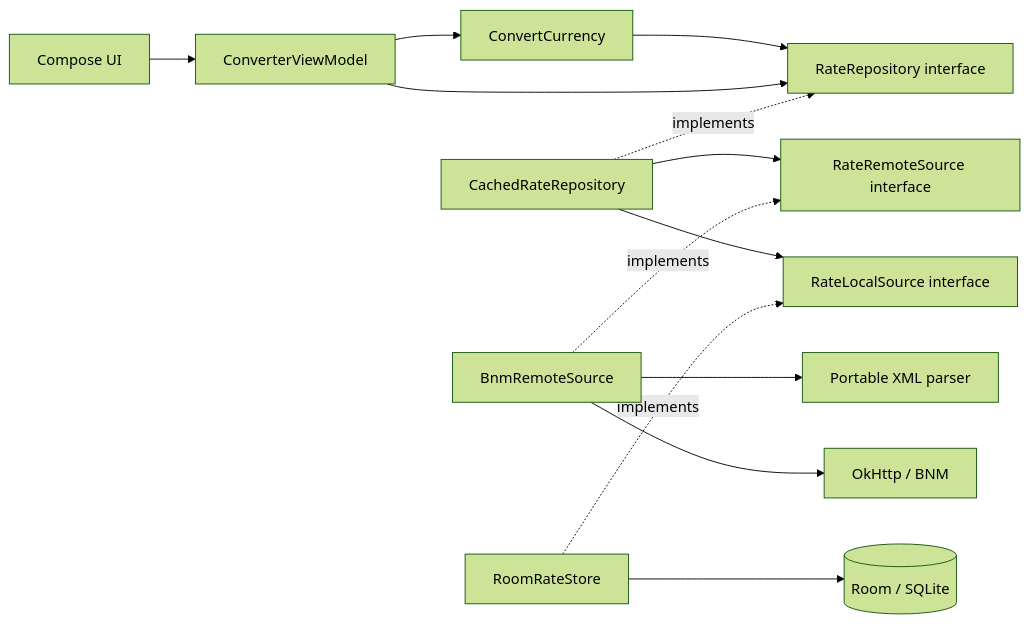
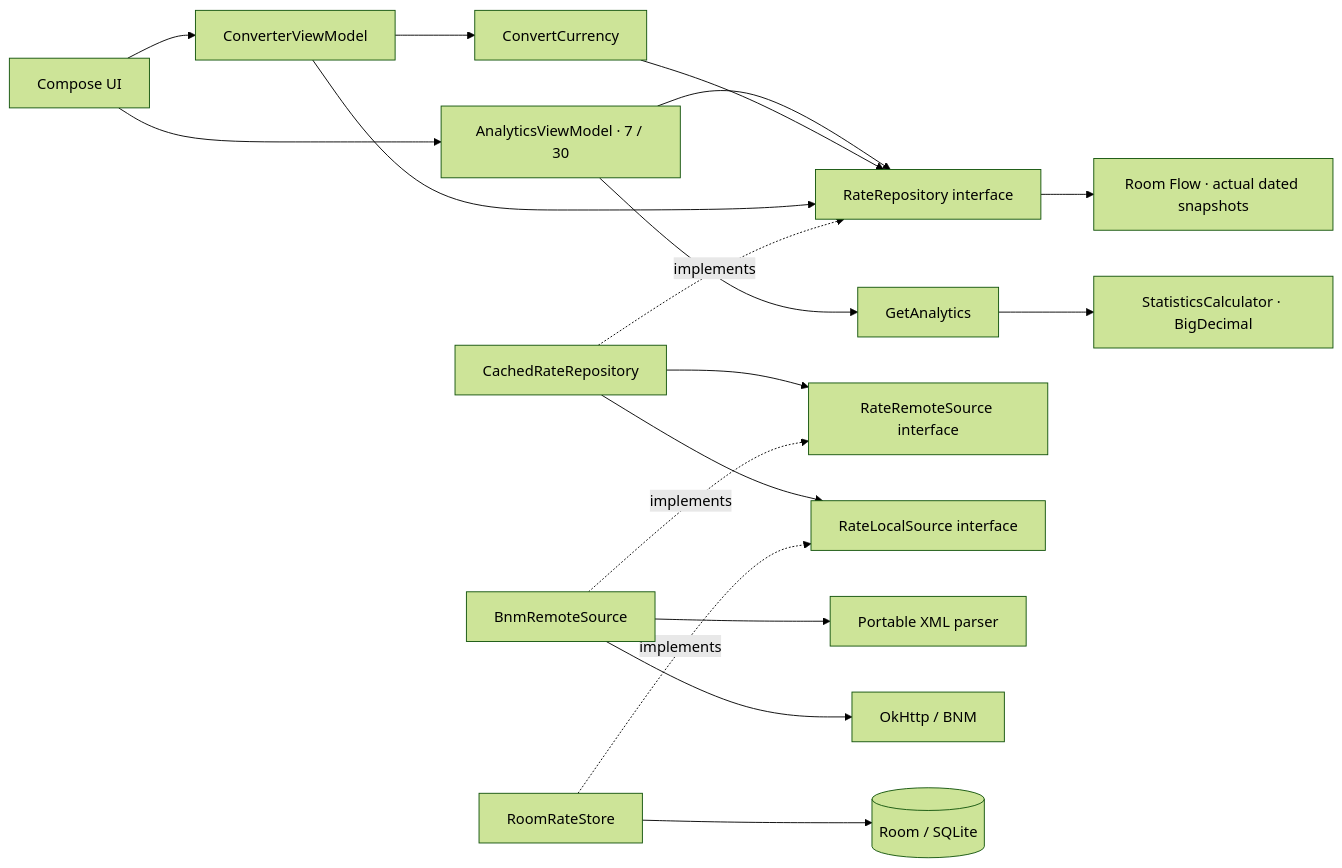
One commit to VadimSiminenco/lab4-currency-converter-android changed the diagram in README.md. Above: the diagram before and after it, drawn with Mermaid (forest theme). The commit also changed other lines of this file and 27 other files, not shown here.

````diff
--- a/README.md
+++ b/README.md
@@ -93,15 +108,20 @@
 ```mermaid
 flowchart LR
     UI["Compose UI"] --> VM["ConverterViewModel"]
+    UI --> AVM["AnalyticsViewModel · 7 / 30"]
+    AVM --> GA["GetAnalytics"]
+    GA --> ST["StatisticsCalculator · BigDecimal"]
+    AVM --> RP
+    RP --> FLOW["Room Flow · actual dated snapshots"]
     VM --> UC["ConvertCurrency"]
     UC --> RP["RateRepository interface"]
     VM --> RP
     CR["CachedRateRepository"] -. "implements" .-> RP
     CR --> RS["RateRemoteSource interface"]
     CR --> LS["RateLocalSource interface"]
     BN["BnmRemoteSource"] -. "implements" .-> RS
     RM["RoomRateStore"] -. "implements" .-> LS
     BN --> XML["Portable XML parser"]
     BN --> HTTP["OkHttp / BNM"]
     RM --> DB[("Room / SQLite")]
 ```
````
